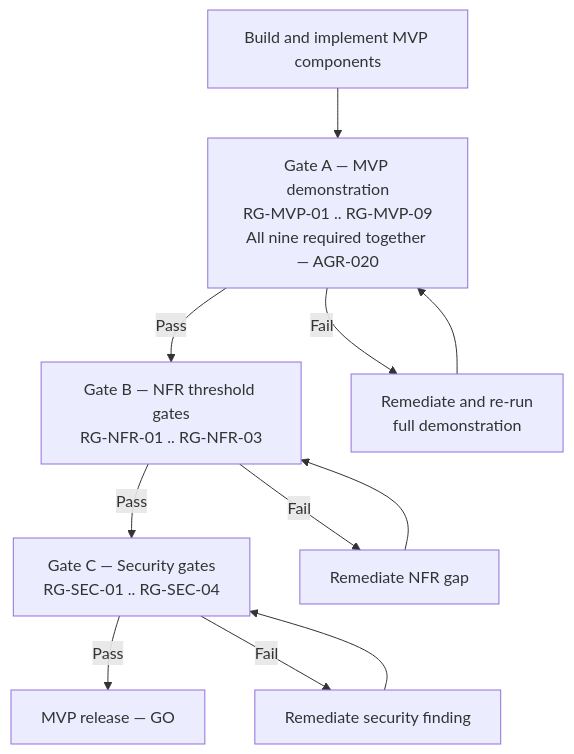
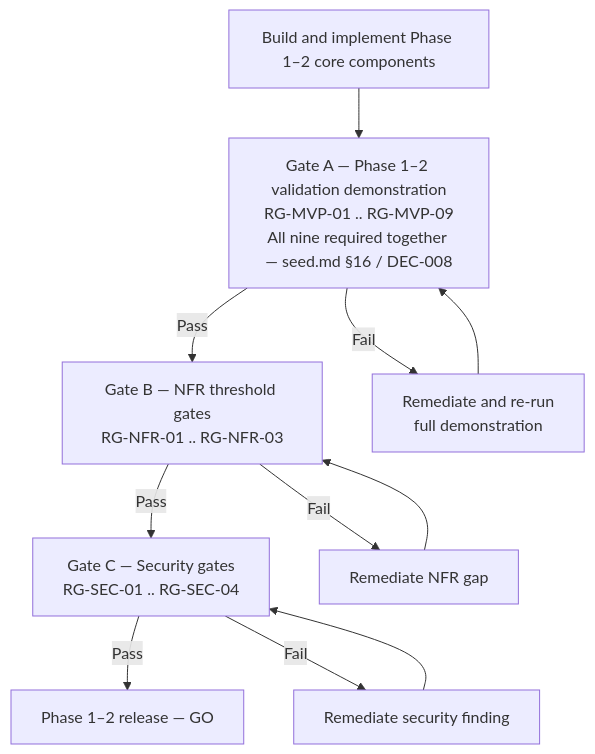
One commit to veglezMX/guardrails changed the third of 3 diagrams in solution-docs/60-delivery/RELEASE-CRITERIA.md. Above: the diagram before and after it, drawn with Mermaid. The commit also changed other lines of this file and 70 other files, not shown here.

````diff
--- a/solution-docs/60-delivery/RELEASE-CRITERIA.md
+++ b/solution-docs/60-delivery/RELEASE-CRITERIA.md
@@ -161,19 +161,19 @@
 ```mermaid
 flowchart TD
-    Build["Build and implement MVP components"] --> GateA
+    Build["Build and implement Phase 1–2 core components"] --> GateA
 
-    GateA["Gate A — MVP demonstration\nRG-MVP-01 .. RG-MVP-09\nAll nine required together — AGR-020"]
+    GateA["Gate A — Phase 1–2 validation demonstration\nRG-MVP-01 .. RG-MVP-09\nAll nine required together — seed.md §16 / DEC-008"]
     GateA -->|Pass| GateB
     GateA -->|Fail| Remediate1["Remediate and re-run\nfull demonstration"]
     Remediate1 --> GateA
 
     GateB["Gate B — NFR threshold gates\nRG-NFR-01 .. RG-NFR-03"]
     GateB -->|Pass| GateC
     GateB -->|Fail| Remediate2["Remediate NFR gap"]
     Remediate2 --> GateB
 
     GateC["Gate C — Security gates\nRG-SEC-01 .. RG-SEC-04"]
-    GateC -->|Pass| GO["MVP release — GO"]
+    GateC -->|Pass| GO["Phase 1–2 release — GO"]
     GateC -->|Fail| Remediate3["Remediate security finding"]
     Remediate3 --> GateC
 ```
````
